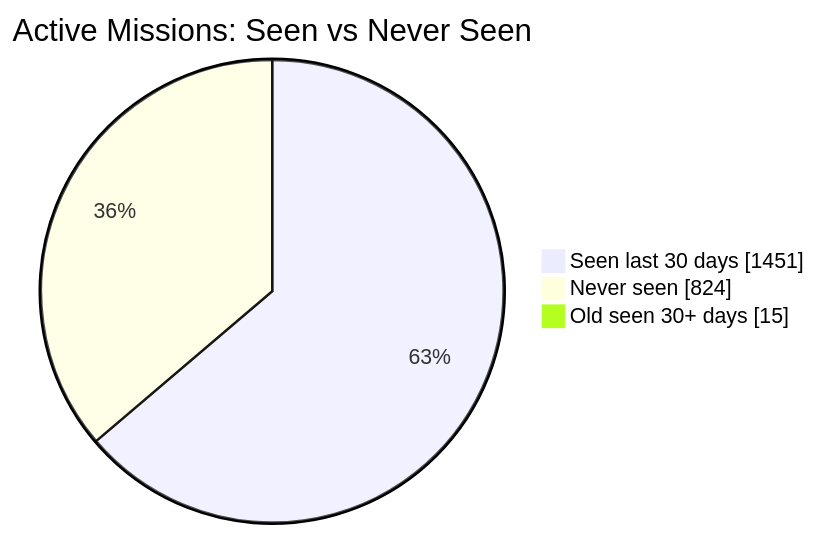
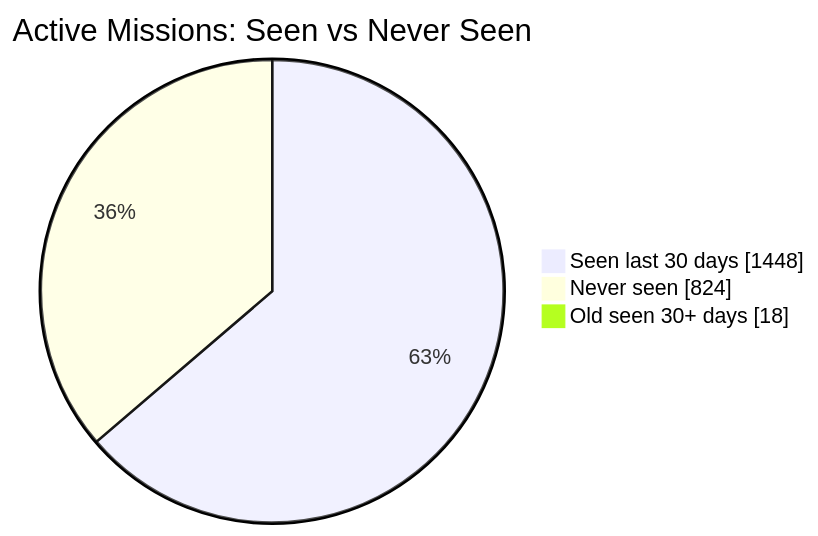
Before and after one commit to MeldkamerspelGameTeam/active-missions: the first of 2 diagrams in README.md, drawn with Mermaid. The commit also changed other lines of this file and 2 other files, not shown here.

````diff
--- a/README.md
+++ b/README.md
@@ -34,7 +34,7 @@
 ```mermaid
 pie showData
     title Active Missions: Seen vs Never Seen
-    "Seen last 30 days" : 1451
+    "Seen last 30 days" : 1448
     "Never seen" : 824
-    "Old seen 30+ days" : 15
+    "Old seen 30+ days" : 18
 ```
````
